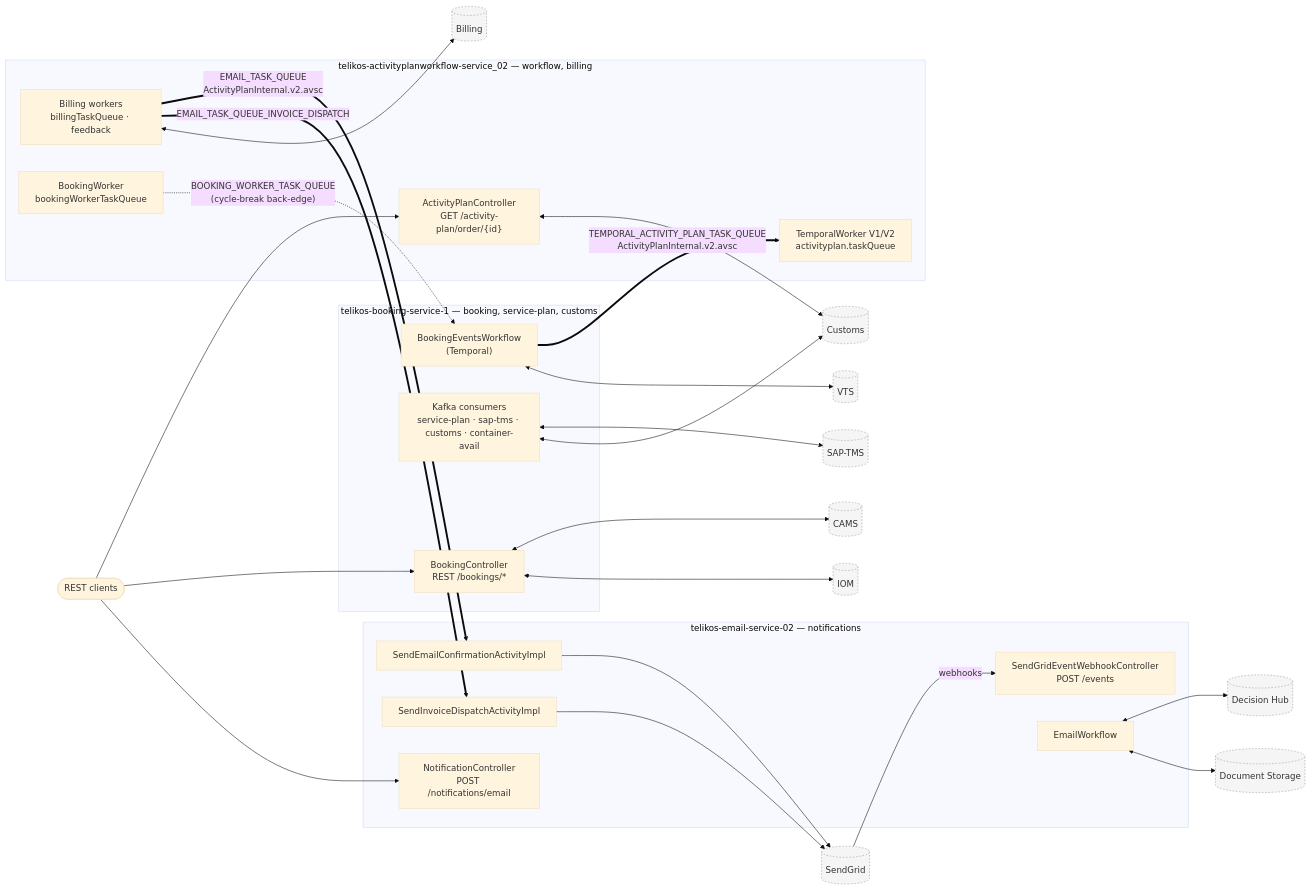
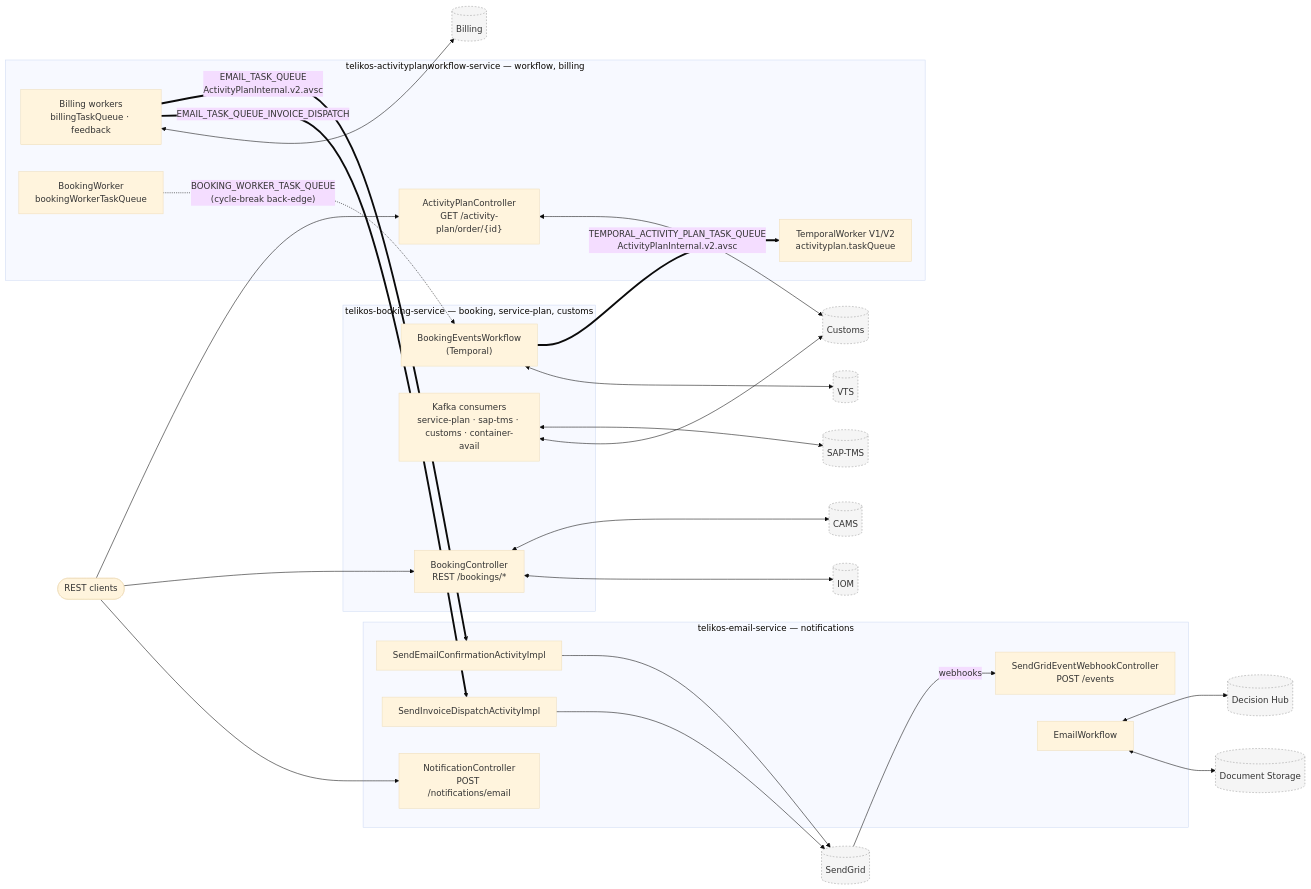
The first of 2 diagrams in .contmark/diagrams.md (Arunk540/booking-workspace), drawn with Mermaid (base theme) before and after one commit.

Commit message:
Update service names in diagrams.md

````diff
--- a/.contmark/diagrams.md
+++ b/.contmark/diagrams.md
@@ -25,62 +25,62 @@
 ```mermaid
 flowchart LR
   Client([REST clients])
 
-  subgraph BOOK["telikos-booking-service-1 — booking, service-plan, customs"]
+  subgraph BOOK["telikos-booking-service — booking, service-plan, customs"]
     B_REST["BookingController<br/>REST /bookings/*"]
     B_KAFKA["Kafka consumers<br/>service-plan · sap-tms · customs · container-avail"]
     B_WF["BookingEventsWorkflow<br/>(Temporal)"]
   end
 
-  subgraph AP["telikos-activityplanworkflow-service_02 — workflow, billing"]
+  subgraph AP["telikos-activityplanworkflow-service — workflow, billing"]
     AP_REST["ActivityPlanController<br/>GET /activity-plan/order/{id}"]
     AP_WF["TemporalWorker V1/V2<br/>activityplan.taskQueue"]
     AP_BILL["Billing workers<br/>billingTaskQueue · feedback"]
     AP_BKWK["BookingWorker<br/>bookingWorkerTaskQueue"]
   end
 
-  subgraph EMAIL["telikos-email-service-02 — notifications"]
+  subgraph EMAIL["telikos-email-service — notifications"]
     E_REST["NotificationController<br/>POST /notifications/email"]
     E_HOOK["SendGridEventWebhookController<br/>POST /events"]
     E_CONF["SendEmailConfirmationActivityImpl"]
     E_INV["SendInvoiceDispatchActivityImpl"]
     E_WF["EmailWorkflow"]
   end
 
   %% external systems
   SAPTMS[(SAP-TMS)]:::ext
   CAMS[(CAMS)]:::ext
   CUSTOMS[(Customs)]:::ext
   IOM[(IOM)]:::ext
   VTS[(VTS)]:::ext
   BILLING[(Billing)]:::ext
   SENDGRID[(SendGrid)]:::ext
   DHUB[(Decision Hub)]:::ext
   DOCS[(Document Storage)]:::ext
 
   Client --> B_REST
   Client --> AP_REST
   Client --> E_REST
   SENDGRID -->|webhooks| E_HOOK
 
   %% cross-repo temporal-signal contracts (from _global_links.json)
   B_WF ==>|"TEMPORAL_ACTIVITY_PLAN_TASK_QUEUE<br/>ActivityPlanInternal.v2.avsc"| AP_WF
   AP_BILL ==>|"EMAIL_TASK_QUEUE<br/>ActivityPlanInternal.v2.avsc"| E_CONF
   AP_BILL ==>|"EMAIL_TASK_QUEUE_INVOICE_DISPATCH"| E_INV
   AP_BKWK -.->|"BOOKING_WORKER_TASK_QUEUE<br/>(cycle-break back-edge)"| B_WF
 
   %% external integrations
   B_KAFKA <--> SAPTMS
   B_REST <--> CAMS
   B_KAFKA <--> CUSTOMS
   B_REST <--> IOM
   B_WF <--> VTS
   AP_BILL <--> BILLING
   AP_REST <--> CUSTOMS
   E_CONF --> SENDGRID
   E_INV --> SENDGRID
   E_WF <--> DHUB
   E_WF <--> DOCS
 
   classDef ext fill:#f5f5f5,stroke:#999,stroke-dasharray:3 3,color:#333;
 ```
````
